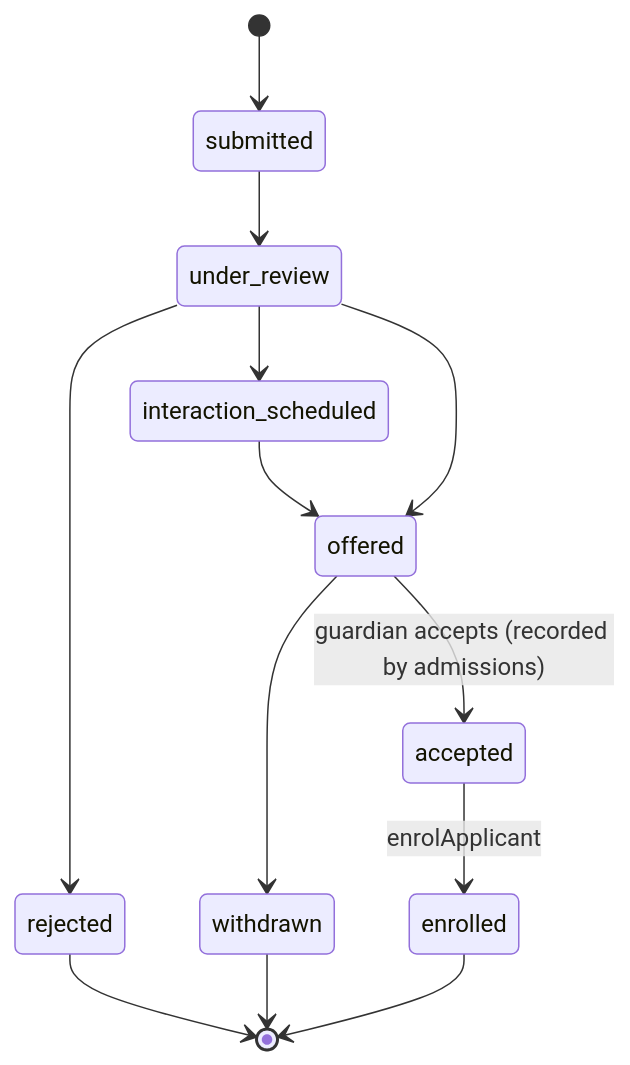
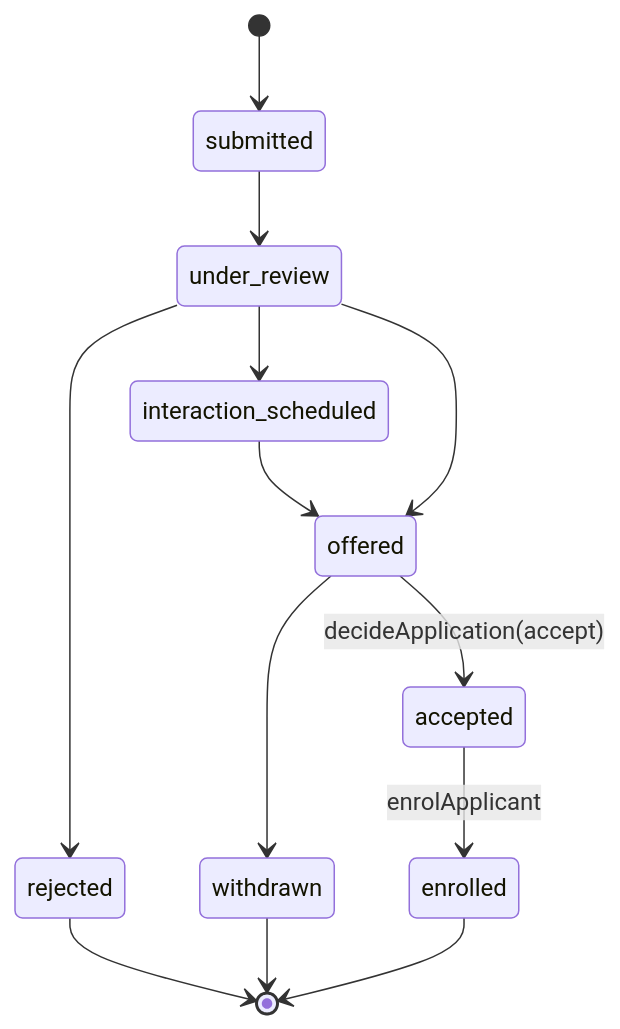
One commit to safdarjung/DEvin_Cloud_Repo changed the second of 5 diagrams in docs/planning/coolskool/06-workflows-and-contracts.md. Above: the diagram before and after it, drawn with Mermaid. The commit also changed other lines of this file and 19 other files, not shown here.

````diff
--- a/docs/planning/coolskool/06-workflows-and-contracts.md
+++ b/docs/planning/coolskool/06-workflows-and-contracts.md
@@ -61,15 +86,15 @@
 ```mermaid
 stateDiagram-v2
   [*] --> submitted
   submitted --> under_review
   under_review --> interaction_scheduled
   interaction_scheduled --> offered
   under_review --> offered
   under_review --> rejected
-  offered --> accepted: guardian accepts (recorded by admissions)
+  offered --> accepted: decideApplication(accept)
   offered --> withdrawn
   accepted --> enrolled: enrolApplicant
   rejected --> [*]
   withdrawn --> [*]
   enrolled --> [*]
 ```
````
